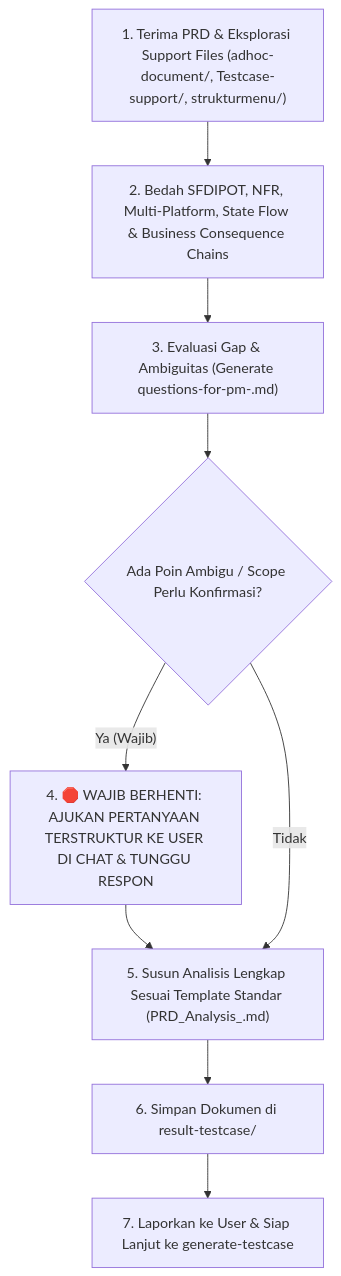
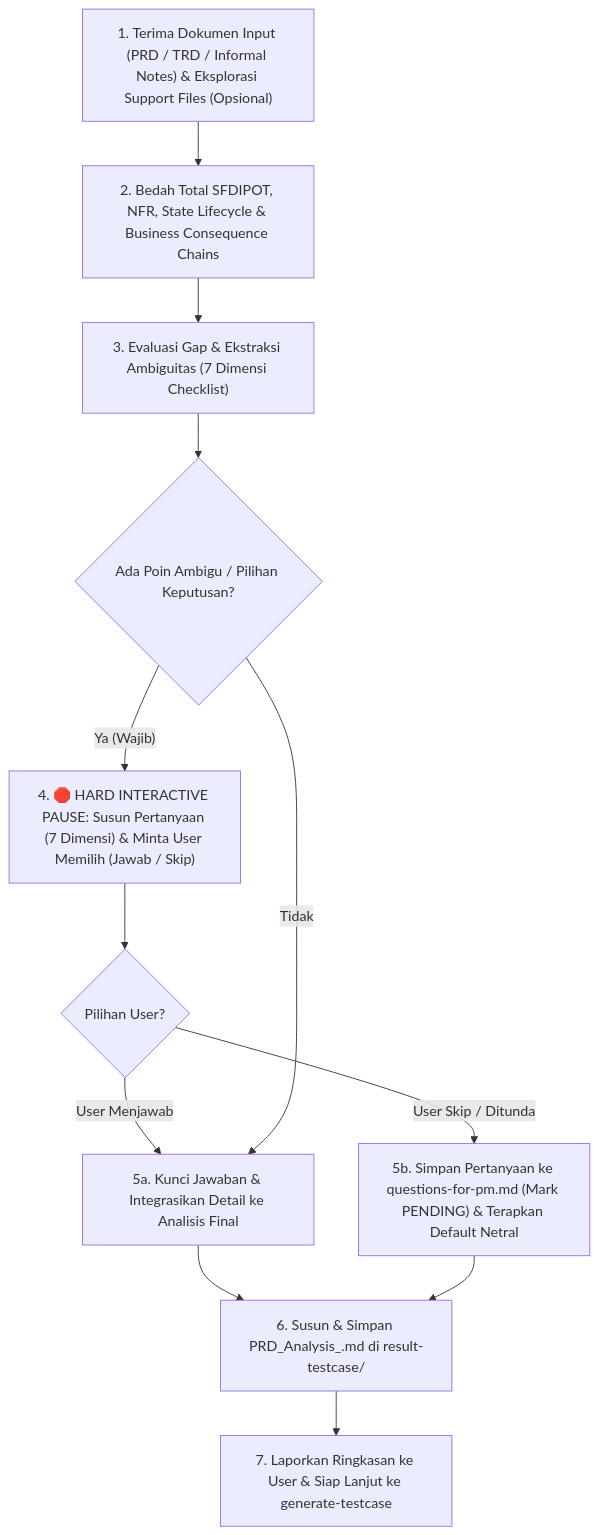
The diagram in .agents/skills/prd-analyzer-business/SKILL.md (fadlyady/prdanalyzer), drawn with Mermaid before and after one commit. The commit also changed other lines of this file and 1 other file, not shown here.

Commit message:
feat: add PRD analyses, test cases, UI assets, and generation scripts for CRM and chatroom features

````diff
--- a/.agents/skills/prd-analyzer-business/SKILL.md
+++ b/.agents/skills/prd-analyzer-business/SKILL.md
@@ -205,11 +209,14 @@
 ```mermaid
 graph TD
-    A["1. Terima PRD & Eksplorasi Support Files (adhoc-document/, Testcase-support/, strukturmenu/)"] --> B["2. Bedah SFDIPOT, NFR, Multi-Platform, State Flow & Business Consequence Chains"]
-    B --> C["3. Evaluasi Gap & Ambiguitas (Generate questions-for-pm-<feature>.md)"]
-    C --> D{"Ada Poin Ambigu / Scope Perlu Konfirmasi?"}
-    D -- "Ya (Wajib)" --> E["4. 🛑 WAJIB BERHENTI: AJUKAN PERTANYAAN TERSTRUKTUR KE USER DI CHAT & TUNGGU RESPON"]
-    E --> F["5. Susun Analisis Lengkap Sesuai Template Standar (PRD_Analysis_<Feature>.md)"]
-    D -- "Tidak" --> F
-    F --> G["6. Simpan Dokumen di result-testcase/"]
-    G --> H["7. Laporkan ke User & Siap Lanjut ke generate-testcase"]
+    A["1. Terima Dokumen Input (PRD / TRD / Informal Notes) & Eksplorasi Support Files (Opsional)"] --> B["2. Bedah Total SFDIPOT, NFR, State Lifecycle & Business Consequence Chains"]
+    B --> C["3. Evaluasi Gap & Ekstraksi Ambiguitas (7 Dimensi Checklist)"]
+    C --> D{"Ada Poin Ambigu / Pilihan Keputusan?"}
+    D -- "Ya (Wajib)" --> E["4. 🛑 HARD INTERACTIVE PAUSE: Susun Pertanyaan (7 Dimensi) & Minta User Memilih (Jawab / Skip)"]
+    E --> F{"Pilihan User?"}
+    F -- "User Menjawab" --> G["5a. Kunci Jawaban & Integrasikan Detail ke Analisis Final"]
+    F -- "User Skip / Ditunda" --> H["5b. Simpan Pertanyaan ke questions-for-pm.md (Mark PENDING) & Terapkan Default Netral"]
+    D -- "Tidak" --> G
+    G --> I["6. Susun & Simpan PRD_Analysis_<Feature_Name>.md di result-testcase/"]
+    H --> I
+    I --> J["7. Laporkan Ringkasan ke User & Siap Lanjut ke generate-testcase"]
 ```
````
